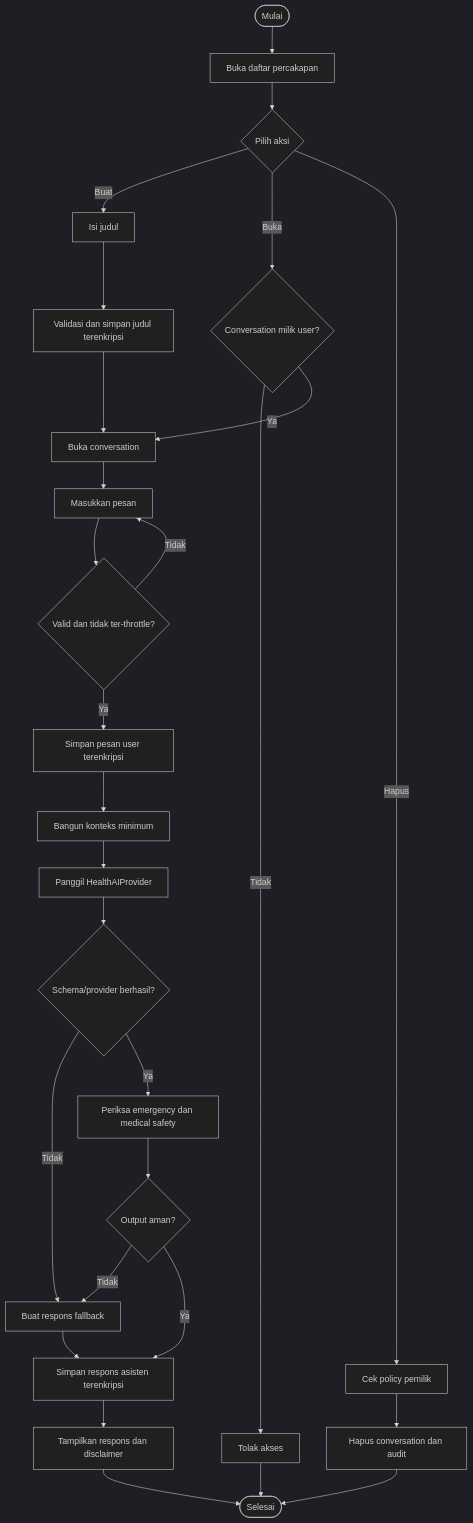
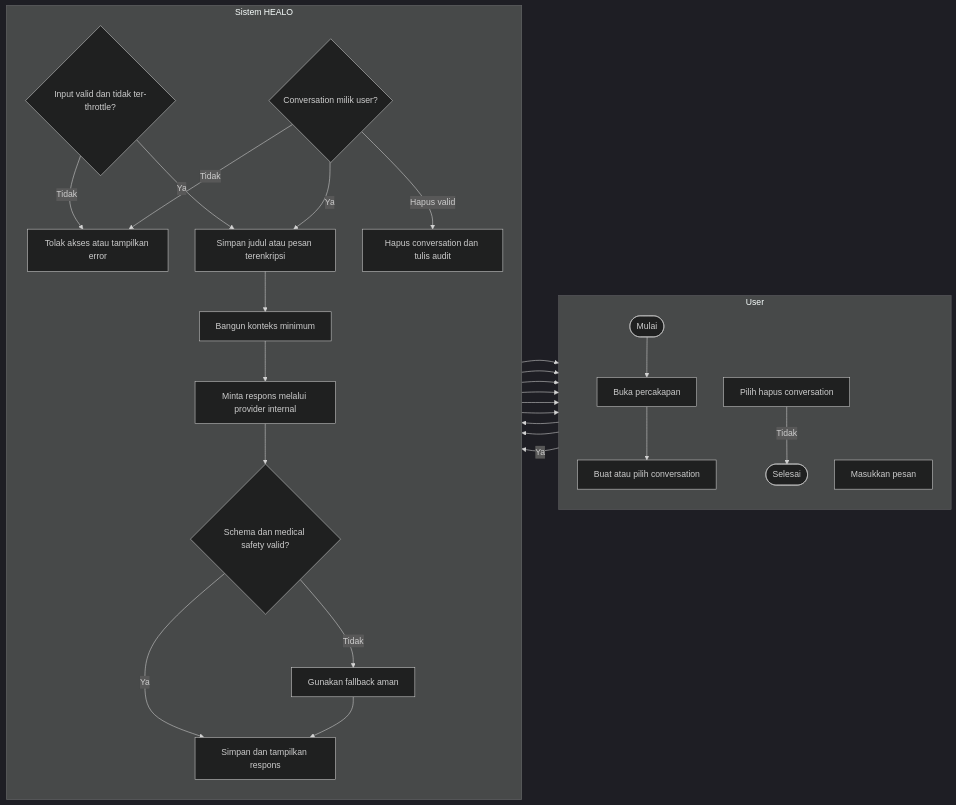
One commit to Daffa-Qiao/Healo changed the sixth of 11 diagrams in docs/system-analysis/03-activity-diagrams.md. Above: the diagram before and after it, drawn with Mermaid (dark theme). The commit also changed other lines of this file and 4 other files, not shown here.

Commit message:
renew diagram

````diff
--- a/docs/system-analysis/03-activity-diagrams.md
+++ b/docs/system-analysis/03-activity-diagrams.md
@@ -172,30 +245,37 @@
 ```mermaid
-flowchart TD
-    A([Mulai]) --> B[Buka daftar percakapan]
-    B --> C{Pilih aksi}
-    C -- Buat --> D[Isi judul]
-    D --> E[Validasi dan simpan judul terenkripsi]
-    E --> F[Buka conversation]
-    C -- Buka --> G{Conversation milik user?}
-    G -- Tidak --> H[Tolak akses]
-    G -- Ya --> F
-    F --> I[Masukkan pesan]
-    I --> J{Valid dan tidak ter-throttle?}
-    J -- Tidak --> I
-    J -- Ya --> K[Simpan pesan user terenkripsi]
-    K --> L[Bangun konteks minimum]
-    L --> M[Panggil HealthAIProvider]
-    M --> N{Schema/provider berhasil?}
-    N -- Tidak --> O[Buat respons fallback]
-    N -- Ya --> P[Periksa emergency dan medical safety]
-    P --> Q{Output aman?}
-    Q -- Tidak --> O
-    Q -- Ya --> R[Simpan respons asisten terenkripsi]
-    O --> R
-    R --> S[Tampilkan respons dan disclaimer]
-    C -- Hapus --> T[Cek policy pemilik]
-    T --> U[Hapus conversation dan audit]
-    S --> V([Selesai])
-    U --> V
-    H --> V
+flowchart LR
+    subgraph U["User"]
+        direction TB
+        U1([Mulai])
+        U2[Buka percakapan]
+        U3[Buat atau pilih conversation]
+        U4[Masukkan pesan]
+        U5[Pilih hapus conversation]
+        U6([Selesai])
+    end
+
+    subgraph S["Sistem HEALO"]
+        direction TB
+        S1{Conversation milik user?}
+        S2[Simpan judul atau pesan terenkripsi]
+        S3{Input valid dan tidak ter-throttle?}
+        S4[Bangun konteks minimum]
+        S5[Minta respons melalui provider internal]
+        S6{Schema dan medical safety valid?}
+        S7[Gunakan fallback aman]
+        S8[Simpan dan tampilkan respons]
+        S9[Hapus conversation dan tulis audit]
+        S10[Tolak akses atau tampilkan error]
+    end
+
+    U1 --> U2 --> U3 --> S1
+    S1 -- Tidak --> S10 --> U6
+    S1 -- Ya --> S2 --> U4 --> S3
+    S3 -- Tidak --> S10 --> U4
+    S3 -- Ya --> S2 --> S4 --> S5 --> S6
+    S6 -- Tidak --> S7 --> S8 --> U5
+    S6 -- Ya --> S8 --> U5
+    U5 -- Ya --> S1
+    S1 -- Hapus valid --> S9 --> U6
+    U5 -- Tidak --> U6
 ```
````
